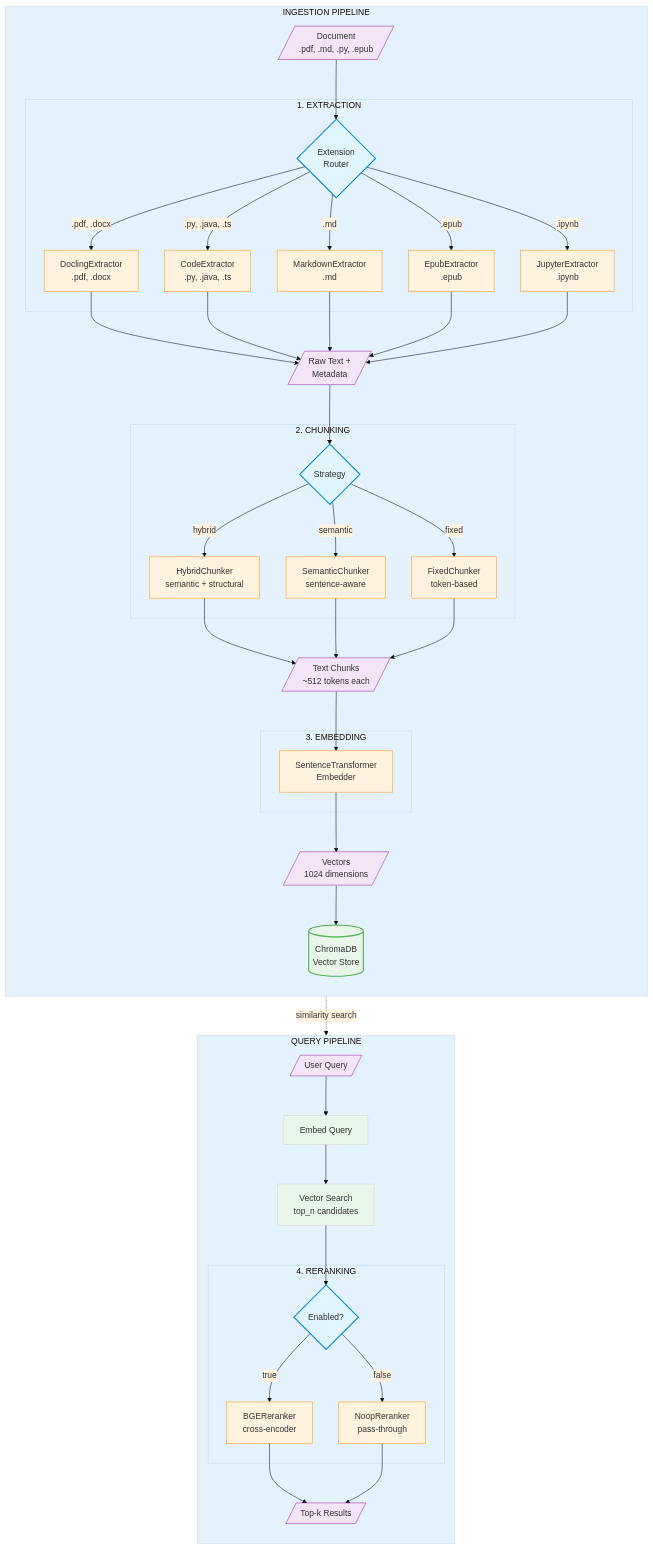
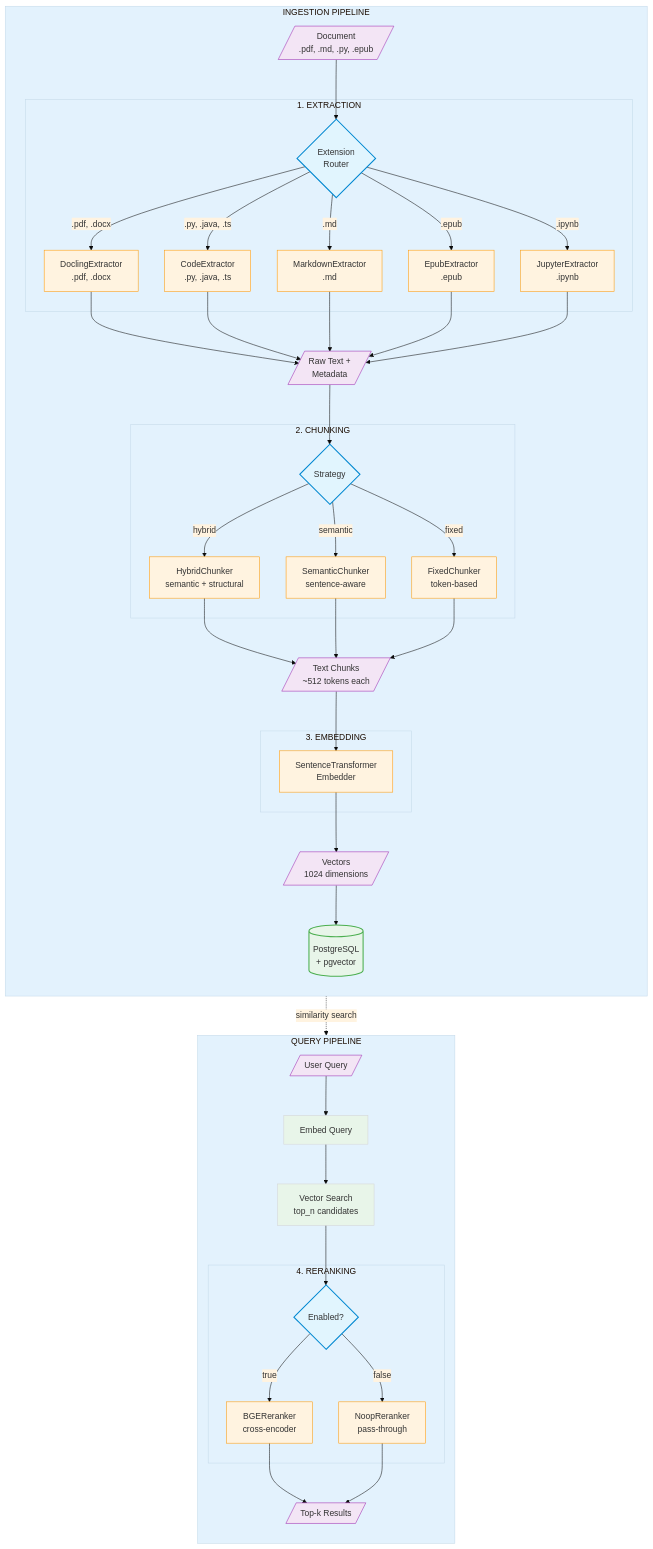
One commit to KatanaQuant/rag-kb changed the diagram in docs/diagrams/flow-diagram.mmd. Above: the diagram before and after it, drawn with Mermaid. The commit also changed 114 other files, not shown here.

First line of the commit message:
v2.3.0-beta: PostgreSQL + pgvector migration

```diff
--- a/docs/diagrams/flow-diagram.mmd
+++ b/docs/diagrams/flow-diagram.mmd
@@ -1,97 +1,97 @@
 %%{init: {'theme': 'base', 'themeVariables': { 'primaryColor': '#e8f5e9', 'secondaryColor': '#fff3e0', 'tertiaryColor': '#e3f2fd'}}}%%
 flowchart TB
     subgraph Ingestion["INGESTION PIPELINE"]
         direction TB
         Doc[/"Document<br/>.pdf, .md, .py, .epub"/]
 
         subgraph Extract["1. EXTRACTION"]
             Router{Extension<br/>Router}
             DocE[DoclingExtractor<br/>.pdf, .docx]
             CodeE[CodeExtractor<br/>.py, .java, .ts]
             MdE[MarkdownExtractor<br/>.md]
             EpubE[EpubExtractor<br/>.epub]
             JupyE[JupyterExtractor<br/>.ipynb]
         end
 
         Raw[/"Raw Text +<br/>Metadata"/]
 
         subgraph Chunk["2. CHUNKING"]
             ChunkS{Strategy}
             Hybrid[HybridChunker<br/>semantic + structural]
             Semantic[SemanticChunker<br/>sentence-aware]
             Fixed[FixedChunker<br/>token-based]
         end
 
         Chunks[/"Text Chunks<br/>~512 tokens each"/]
 
         subgraph Embed["3. EMBEDDING"]
             STEmbed[SentenceTransformer<br/>Embedder]
         end
 
         Vectors[/"Vectors<br/>1024 dimensions"/]
 
-        Store[(ChromaDB<br/>Vector Store)]
+        Store[(PostgreSQL<br/>+ pgvector)]
     end
 
     subgraph Query["QUERY PIPELINE"]
         direction TB
         Q[/"User Query"/]
         QEmbed[Embed Query]
         Search[Vector Search<br/>top_n candidates]
 
         subgraph Rerank["4. RERANKING"]
             RankS{Enabled?}
             BGE[BGEReranker<br/>cross-encoder]
             Noop[NoopReranker<br/>pass-through]
         end
 
         Results[/"Top-k Results"/]
     end
 
     %% Ingestion Flow
     Doc --> Router
     Router -->|.pdf, .docx| DocE
     Router -->|.py, .java, .ts| CodeE
     Router -->|.md| MdE
     Router -->|.epub| EpubE
     Router -->|.ipynb| JupyE
 
     DocE --> Raw
     CodeE --> Raw
     MdE --> Raw
     EpubE --> Raw
     JupyE --> Raw
 
     Raw --> ChunkS
     ChunkS -->|hybrid| Hybrid
     ChunkS -->|semantic| Semantic
     ChunkS -->|fixed| Fixed
 
     Hybrid --> Chunks
     Semantic --> Chunks
     Fixed --> Chunks
 
     Chunks --> STEmbed
     STEmbed --> Vectors
     Vectors --> Store
 
     %% Query Flow
     Q --> QEmbed
     QEmbed --> Search
     Store -.->|similarity search| Search
     Search --> RankS
     RankS -->|true| BGE
     RankS -->|false| Noop
     BGE --> Results
     Noop --> Results
 
     %% Styling
     classDef interface fill:#e1f5fe,stroke:#0288d1,stroke-width:2px
     classDef impl fill:#fff3e0,stroke:#ff9800,stroke-width:1px
     classDef data fill:#f3e5f5,stroke:#9c27b0,stroke-width:1px
     classDef store fill:#e8f5e9,stroke:#4caf50,stroke-width:2px
 
     class Router,ChunkS,RankS interface
     class DocE,CodeE,MdE,EpubE,JupyE,Hybrid,Semantic,Fixed,STEmbed,BGE,Noop impl
     class Doc,Raw,Chunks,Vectors,Q,Results data
     class Store store
```
